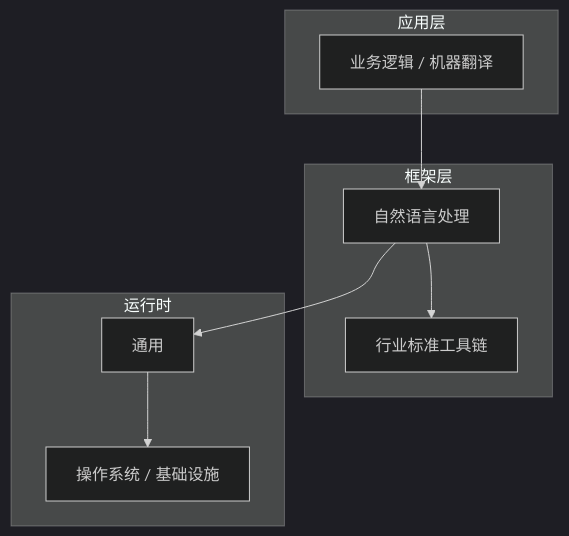
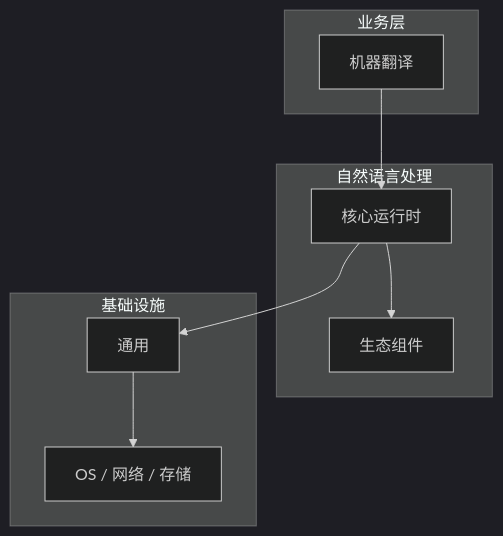
Before and after one commit to yanggan2015/knowledge-json-v2: the diagram in articles/自然语言处理/chapters/066-机器翻译核心概念与原理.md, drawn with Mermaid (dark theme). The commit also changed other lines of this file and 10127 other files, not shown here.

````diff
--- a/articles/自然语言处理/chapters/066-机器翻译核心概念与原理.md
+++ b/articles/自然语言处理/chapters/066-机器翻译核心概念与原理.md
@@ -45,18 +30,18 @@
 ```mermaid
 graph TB
-    subgraph 应用层
-        A[业务逻辑 / 机器翻译]
+    subgraph 业务层
+        A[机器翻译]
     end
-    subgraph 框架层
-        B[自然语言处理]
-        C[行业标准工具链]
+    subgraph 自然语言处理
+        B[核心运行时]
+        C[生态组件]
     end
-    subgraph 运行时
+    subgraph 基础设施
         D[通用]
-        E[操作系统 / 基础设施]
+        E[OS / 网络 / 存储]
     end
     A --> B
     B --> C
     B --> D
     D --> E
 ```
````
